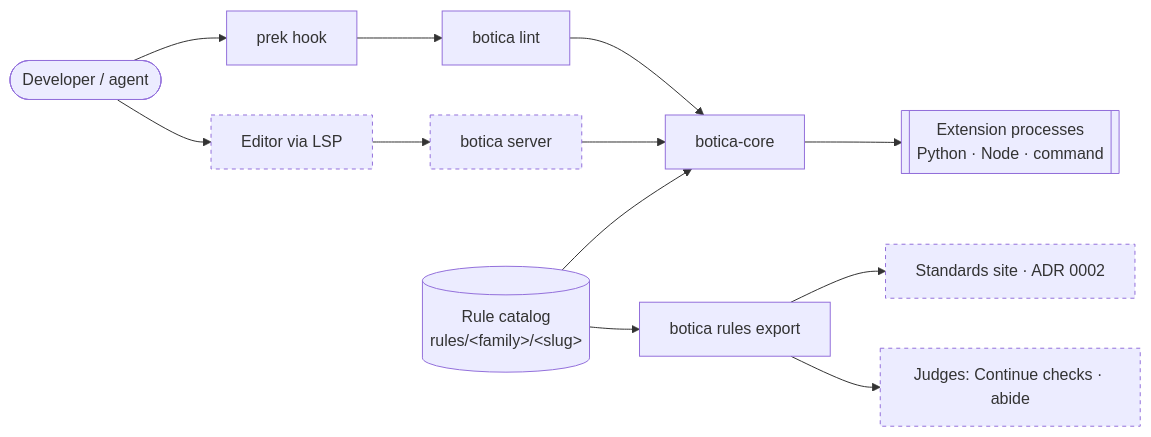
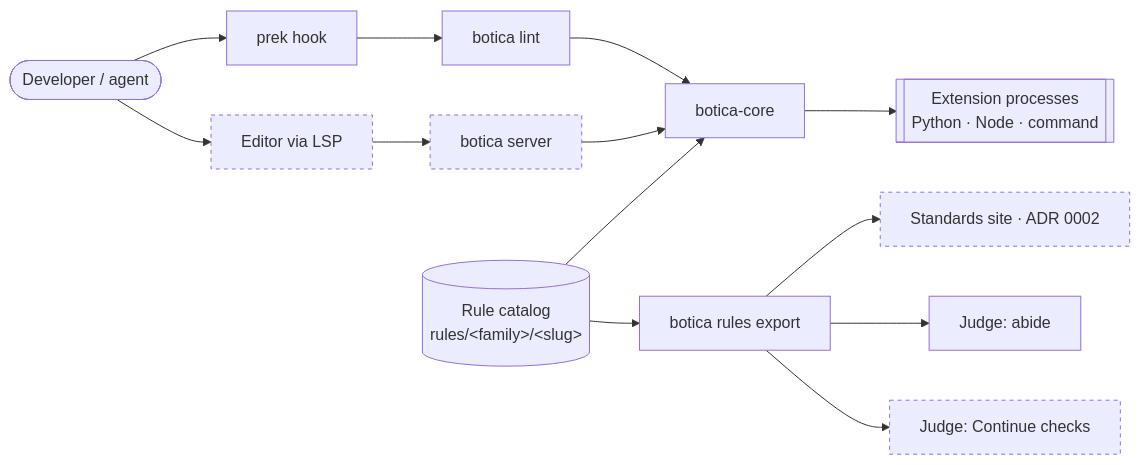
One commit to collectiveai-team/botica changed the first of 2 diagrams in docs/adr/0003-botica-lint-architecture.md. Above: the diagram before and after it, drawn with Mermaid. The commit also changed other lines of this file, not shown here.

Commit message:
docs(lint): update the not-built-yet list of ADR 0003 with the export formats, rules test and rules conform that exist

````diff
--- a/docs/adr/0003-botica-lint-architecture.md
+++ b/docs/adr/0003-botica-lint-architecture.md
@@ -25,14 +25,15 @@
 ```mermaid
 flowchart LR
   dev([Developer / agent]) --> prek[prek hook]
   dev --> ide[Editor via LSP]:::planned
   prek --> cli[botica lint]
   ide --> lsp[botica server]:::planned
   cli & lsp --> core[botica-core]
   core --> ext[[Extension processes<br/>Python · Node · command]]
   catalog[(Rule catalog<br/>rules/&lt;family&gt;/&lt;slug&gt;)] --> core
   catalog --> export[botica rules export]
   export --> site[Standards site · ADR 0002]:::planned
-  export --> judges[Judges: Continue checks · abide]:::planned
+  export --> abide[Judge: abide]
+  export --> continue[Judge: Continue checks]:::planned
   classDef planned stroke-dasharray: 4 4
 ```
````
